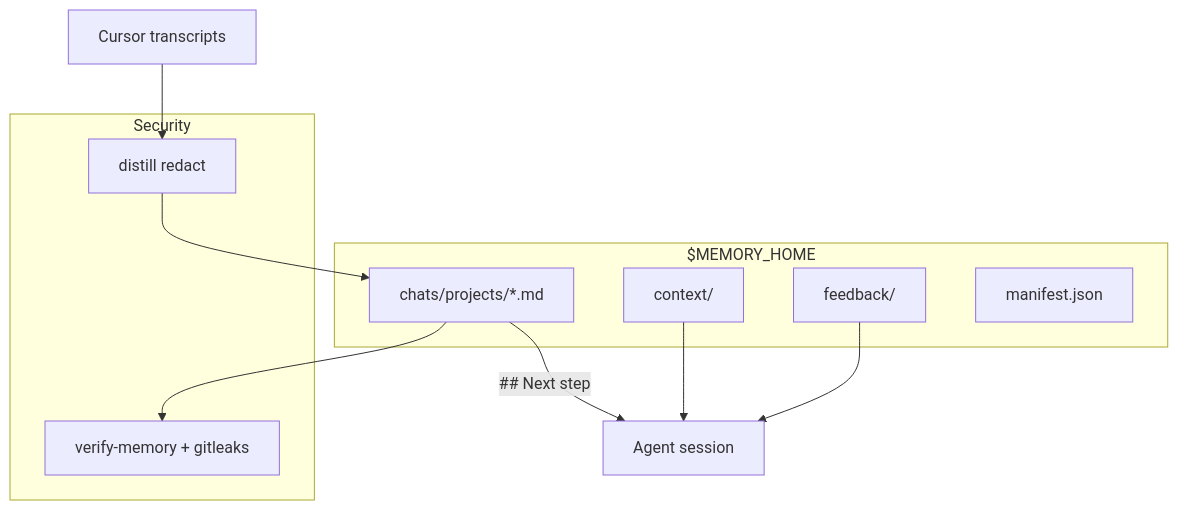
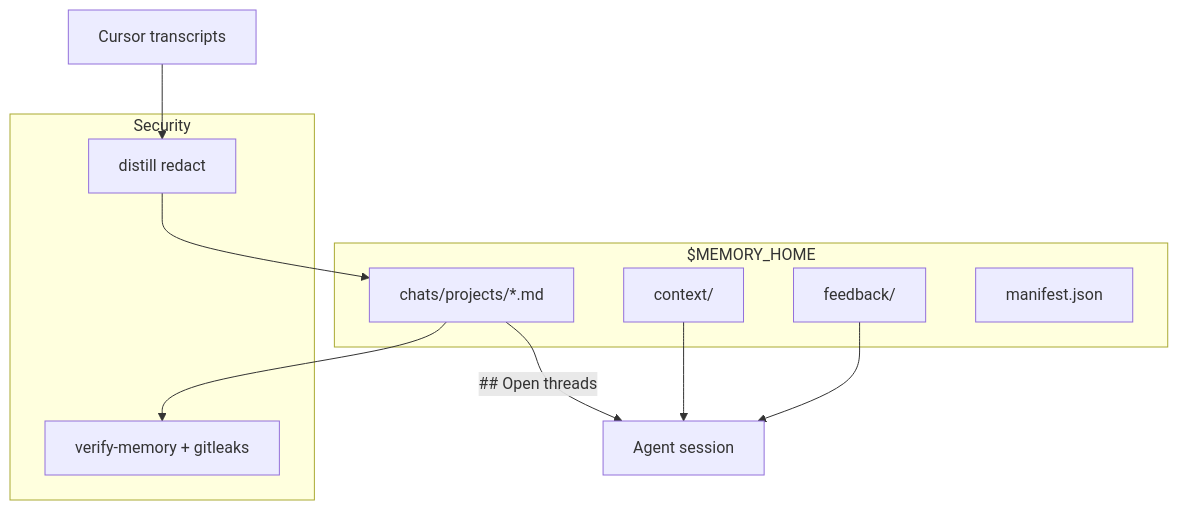
The diagram in README.md (raphael-batte/unified-agent-memory), drawn with Mermaid before and after one commit. The commit also changed other lines of this file and 23 other files, not shown here.

First line of the commit message:
feat: [auto] Open threads draft + docs for Open threads model (v0.26.0)

````diff
--- a/README.md
+++ b/README.md
@@ -112,21 +124,21 @@
 ```mermaid
 flowchart TB
   subgraph hub ["$MEMORY_HOME"]
     GC[context/]
     FB[feedback/]
     CH["chats/projects/*.md"]
     MF[manifest.json]
   end
   subgraph guard ["Security"]
     RD[distill redact]
     VF[verify-memory + gitleaks]
   end
   TR[Cursor transcripts]
   AG[Agent session]
 
   TR --> RD --> CH
   CH --> VF
-  CH -->|## Next step| AG
+  CH -->|## Open threads| AG
   GC --> AG
   FB --> AG
 ```
````
